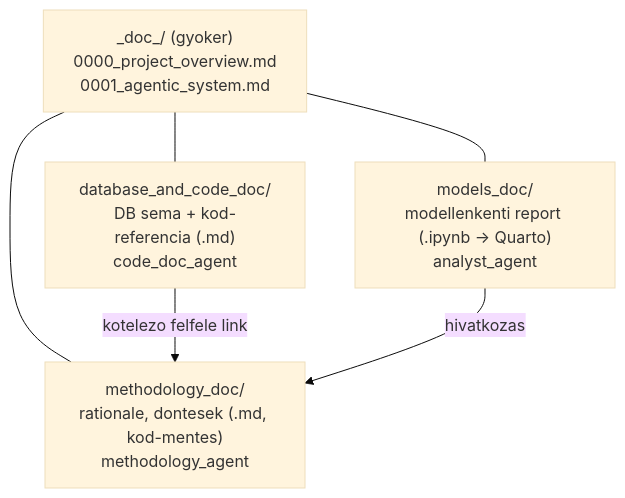
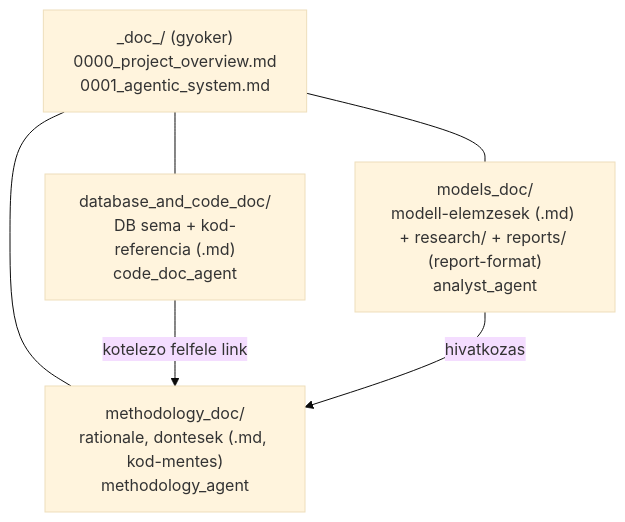
One commit to Nemesis14/chronoquant changed diagram 17 of 24 in _doc_/0001_agentic_system.md. Above: the diagram before and after it, drawn with Mermaid (base theme). The commit also changed other lines of this file and 1008 other files, not shown here.

````diff
--- a/_doc_/0001_agentic_system.md
+++ b/_doc_/0001_agentic_system.md
@@ -472,13 +471,13 @@
 ```mermaid
 flowchart TD
   ROOT["_doc_/ (gyoker)\n0000_project_overview.md\n0001_agentic_system.md"]
   Z1["database_and_code_doc/\nDB sema + kod-referencia (.md)\ncode_doc_agent"]
   Z2["methodology_doc/\nrationale, dontesek (.md, kod-mentes)\nmethodology_agent"]
-  Z3["models_doc/\nmodellenkenti report (.ipynb -> Quarto)\nanalyst_agent"]
+  Z3["models_doc/\nmodell-elemzesek (.md) + research/ + reports/ (report-format)\nanalyst_agent"]
 
   ROOT --- Z2
   ROOT --- Z1
   ROOT --- Z3
   Z1 -->|kotelezo felfele link| Z2
   Z3 -->|hivatkozas| Z2
 ```
````
